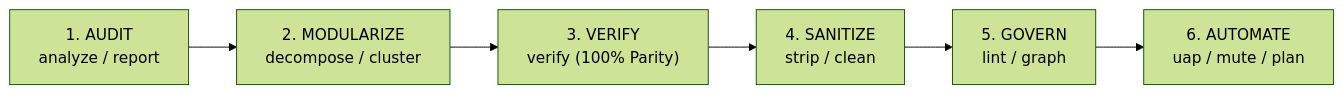
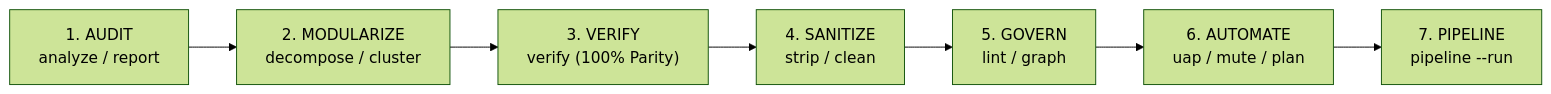
Before and after one commit to visparashar/permforge: the first of 2 diagrams in README.md, drawn with Mermaid (forest theme). The commit also changed other lines of this file and 15 other files, not shown here.

````diff
--- a/README.md
+++ b/README.md
@@ -41,8 +41,9 @@
 ```mermaid
 flowchart LR
     A["1. AUDIT<br/>analyze / report"] --> B["2. MODULARIZE<br/>decompose / cluster"]
     B --> C["3. VERIFY<br/>verify (100% Parity)"]
     C --> D["4. SANITIZE<br/>strip / clean"]
     D --> E["5. GOVERN<br/>lint / graph"]
     E --> F["6. AUTOMATE<br/>uap / mute / plan"]
+    F --> G["7. PIPELINE<br/>pipeline --run"]
 ```
````
